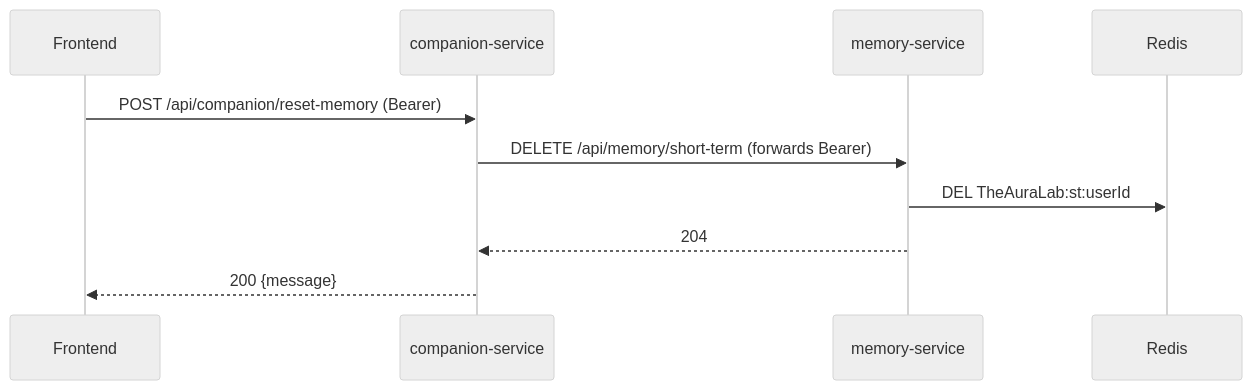
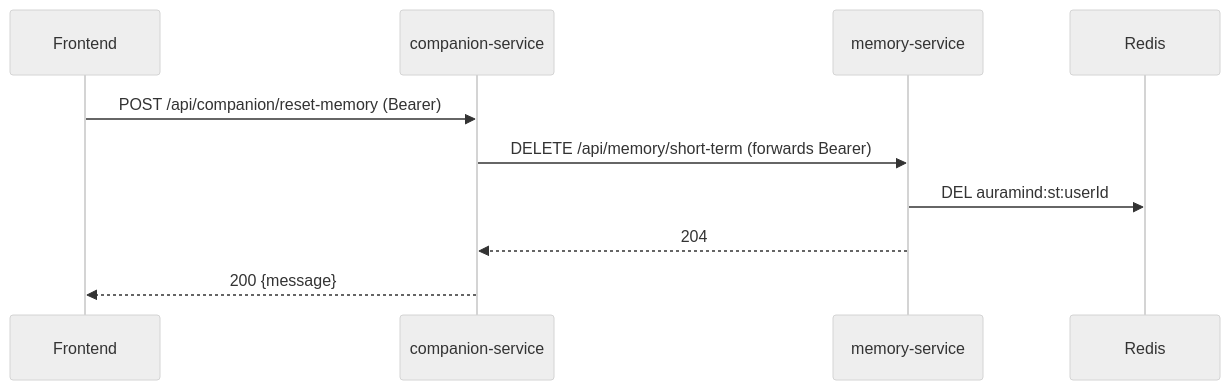
The fourth of 4 diagrams in services/memory-service/README.md (master-node1/the-aura-mind), drawn with Mermaid (neutral theme) before and after one commit. The commit also changed other lines of this file and 37 other files, not shown here.

````diff
--- a/services/memory-service/README.md
+++ b/services/memory-service/README.md
@@ -189,12 +189,12 @@
 ```mermaid
 sequenceDiagram
     participant FE as Frontend
     participant CP as companion-service
     participant MS as memory-service
     participant R as Redis
     FE->>CP: POST /api/companion/reset-memory (Bearer)
     CP->>MS: DELETE /api/memory/short-term (forwards Bearer)
-    MS->>R: DEL TheAuraLab:st:userId
+    MS->>R: DEL auramind:st:userId
     MS-->>CP: 204
     CP-->>FE: 200 {message}
 ```
````
